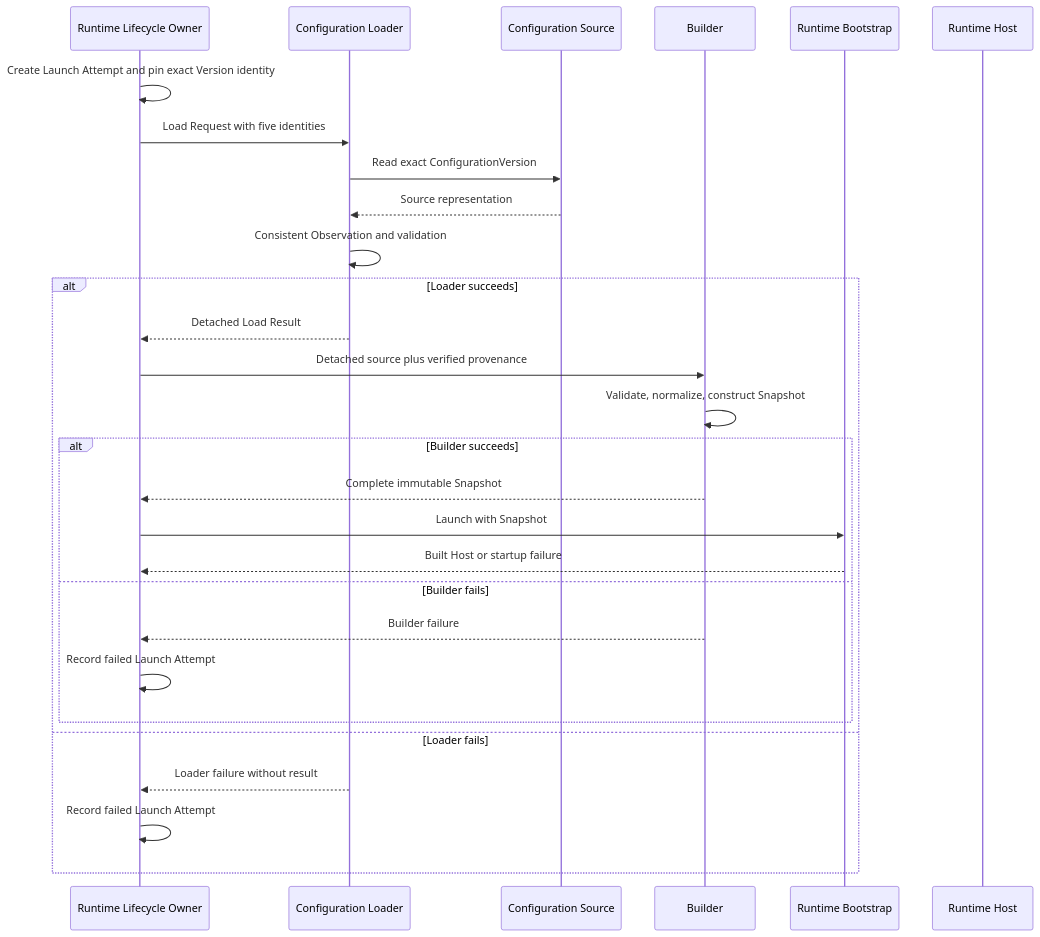
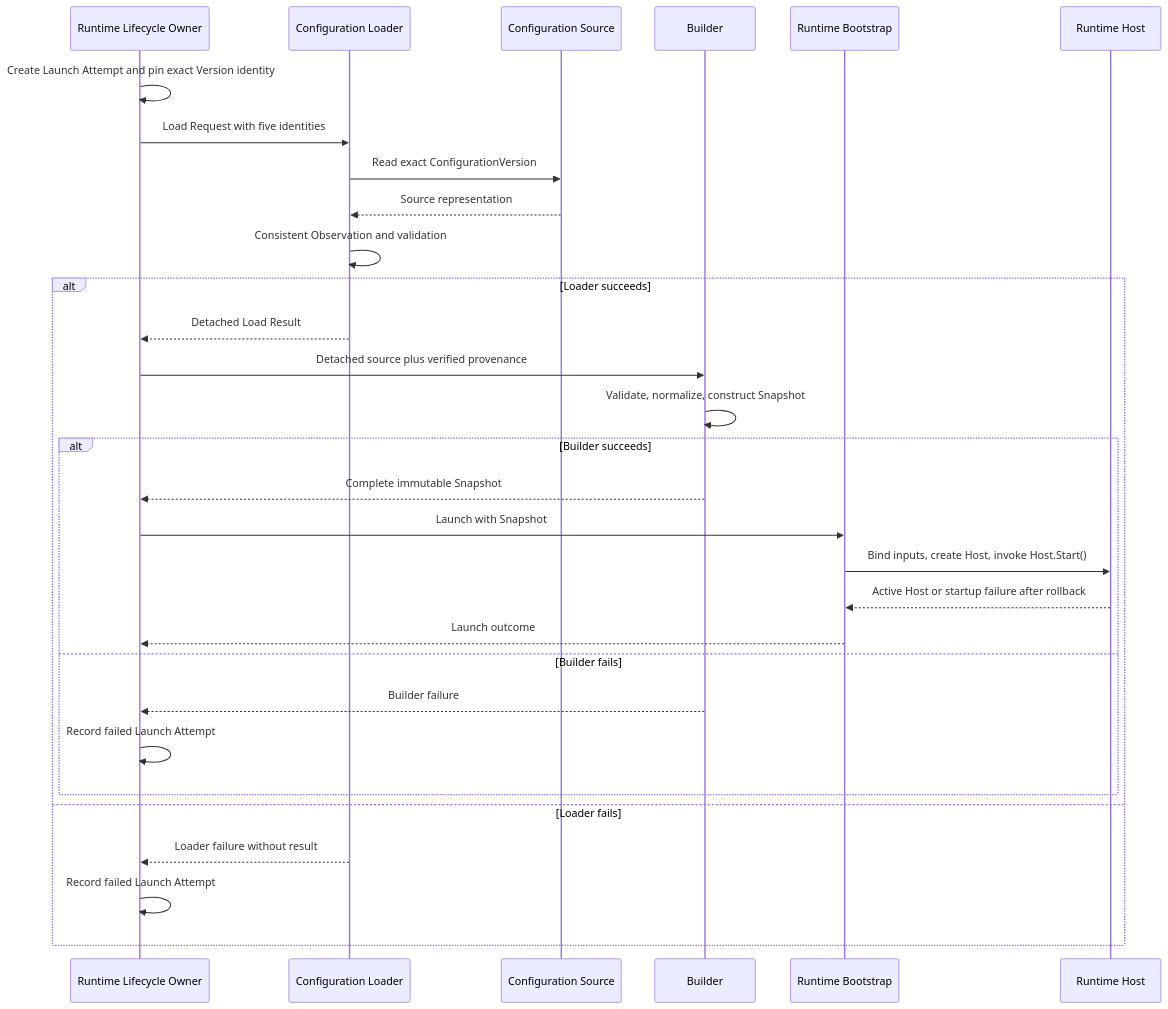
The diagram in docs/en/design/DP-007-configuration-loader-contract.md (dsdred/universal-websocket-platform), drawn with Mermaid before and after one commit. The commit also changed other lines of this file and 38 other files, not shown here.

````diff
--- a/docs/en/design/DP-007-configuration-loader-contract.md
+++ b/docs/en/design/DP-007-configuration-loader-contract.md
@@ -399,30 +412,32 @@
 ```mermaid
 sequenceDiagram
     participant O as Runtime Lifecycle Owner
     participant L as Configuration Loader
     participant S as Configuration Source
     participant B as Builder
     participant R as Runtime Bootstrap
     participant H as Runtime Host
     O->>O: Create Launch Attempt and pin exact Version identity
     O->>L: Load Request with five identities
     L->>S: Read exact ConfigurationVersion
     S-->>L: Source representation
     L->>L: Consistent Observation and validation
     alt Loader succeeds
         L-->>O: Detached Load Result
         O->>B: Detached source plus verified provenance
         B->>B: Validate, normalize, construct Snapshot
         alt Builder succeeds
             B-->>O: Complete immutable Snapshot
             O->>R: Launch with Snapshot
-            R-->>O: Built Host or startup failure
+            R->>H: Bind inputs, create Host, invoke Host.Start()
+            H-->>R: Active Host or startup failure after rollback
+            R-->>O: Launch outcome
         else Builder fails
             B-->>O: Builder failure
             O->>O: Record failed Launch Attempt
         end
     else Loader fails
         L-->>O: Loader failure without result
         O->>O: Record failed Launch Attempt
     end
 ```
````
